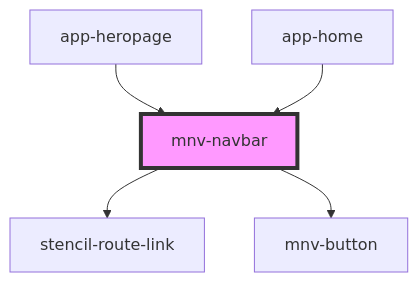
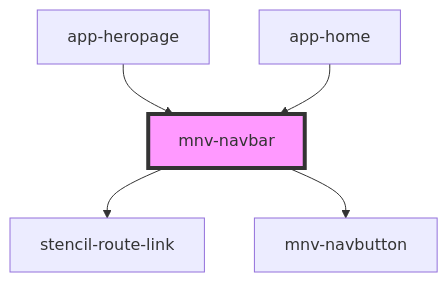
One commit to rafaela-vairo/ufrj-sustainable changed the diagram in src/components/mnv-navbar/readme.md. Above: the diagram before and after it, drawn with Mermaid. The commit also changed other lines of this file and 26 other files, not shown here.

Commit message:
Refinamento de mnv-navbar e outros componentes relacionados

````diff
--- a/src/components/mnv-navbar/readme.md
+++ b/src/components/mnv-navbar/readme.md
@@ -28,8 +28,8 @@
 ```mermaid
 graph TD;
   mnv-navbar --> stencil-route-link
-  mnv-navbar --> mnv-button
+  mnv-navbar --> mnv-navbutton
   app-heropage --> mnv-navbar
   app-home --> mnv-navbar
   style mnv-navbar fill:#f9f,stroke:#333,stroke-width:4px
 ```
````
